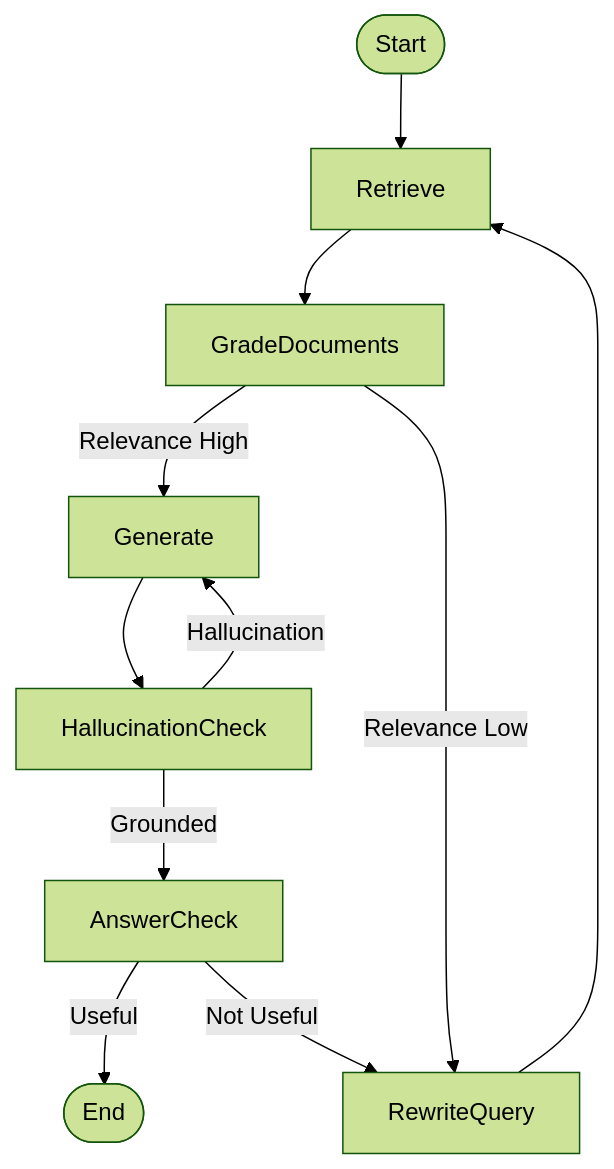
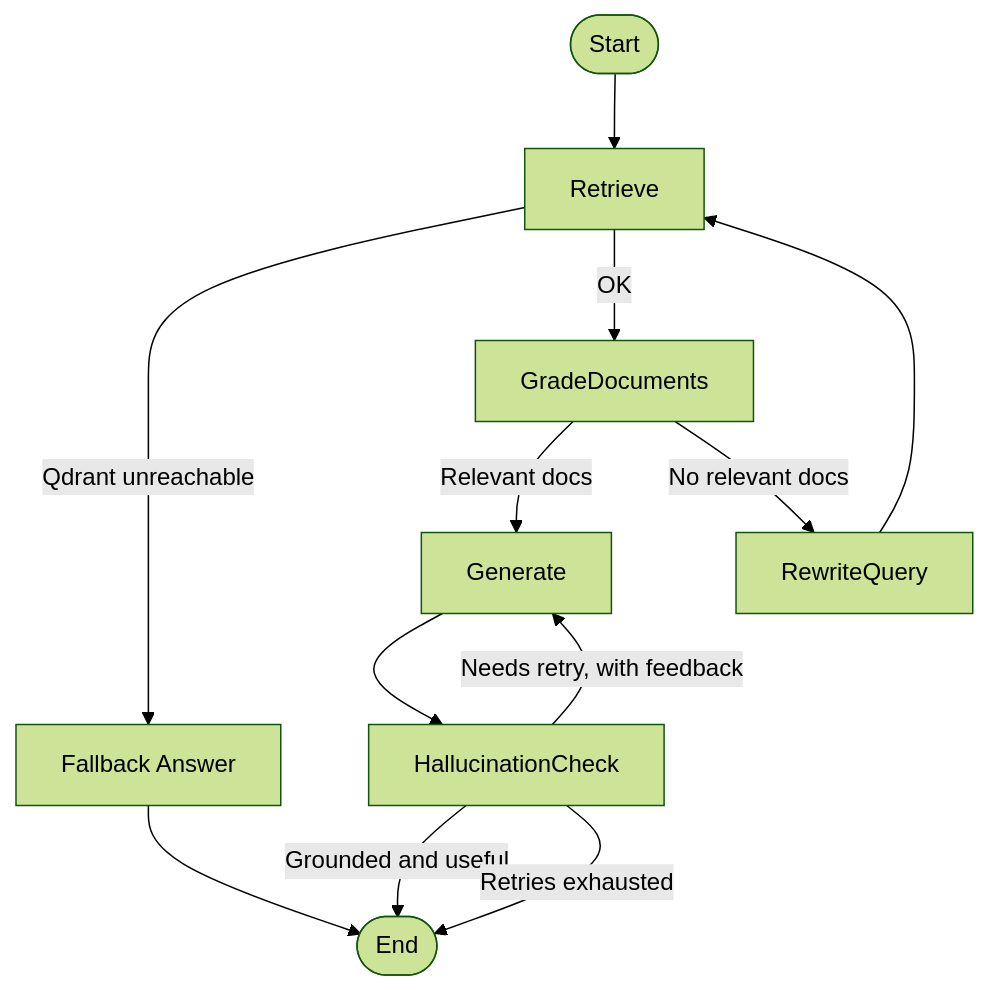
Before and after one commit to Mortarion002/Production-rag: the diagram in README.md, drawn with Mermaid (forest theme). The commit also changed other lines of this file, not shown here.

````diff
--- a/README.md
+++ b/README.md
@@ -39,13 +42,14 @@
 ```mermaid
 graph TD
     Start([Start]) --> Retrieve
-    Retrieve --> GradeDocuments
-    GradeDocuments -->|Relevance High| Generate
-    GradeDocuments -->|Relevance Low| RewriteQuery
+    Retrieve -->|Qdrant unreachable| RetrievalError[Fallback Answer]
+    Retrieve -->|OK| GradeDocuments
+    RetrievalError --> End([End])
+    GradeDocuments -->|Relevant docs| Generate
+    GradeDocuments -->|No relevant docs| RewriteQuery
     RewriteQuery --> Retrieve
     Generate --> HallucinationCheck
-    HallucinationCheck -->|Grounded| AnswerCheck
-    HallucinationCheck -->|Hallucination| Generate
-    AnswerCheck -->|Useful| End([End])
-    AnswerCheck -->|Not Useful| RewriteQuery
+    HallucinationCheck -->|Grounded and useful| End
+    HallucinationCheck -->|Needs retry, with feedback| Generate
+    HallucinationCheck -->|Retries exhausted| End
 ```
````
